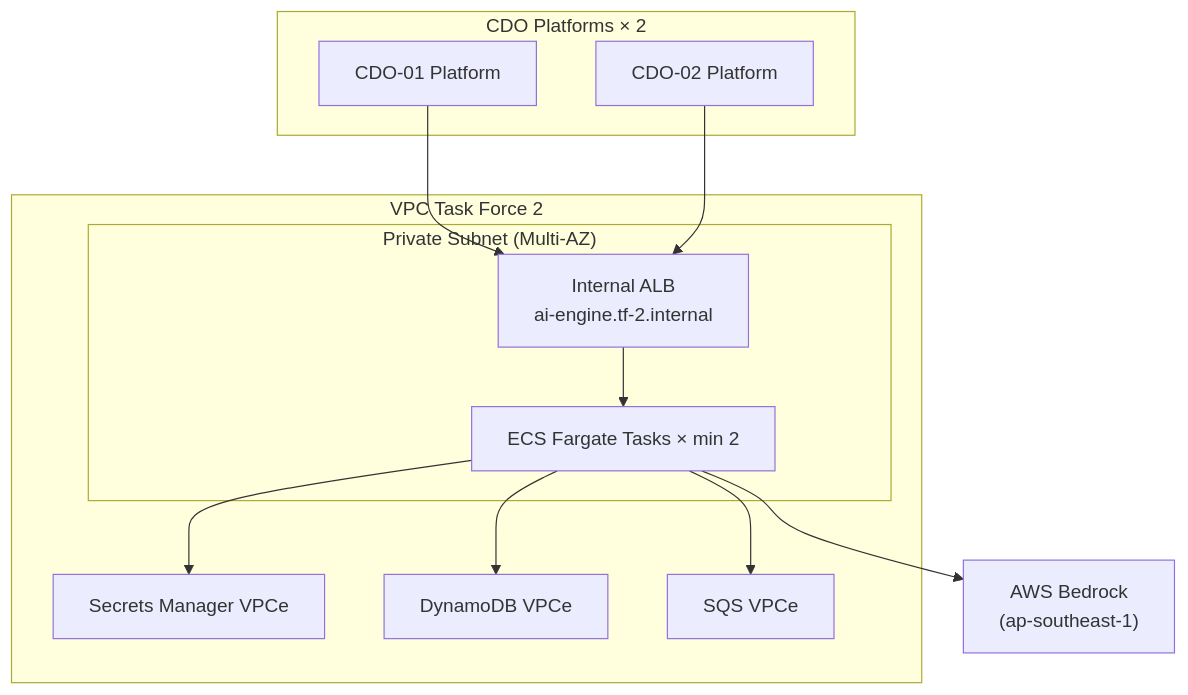
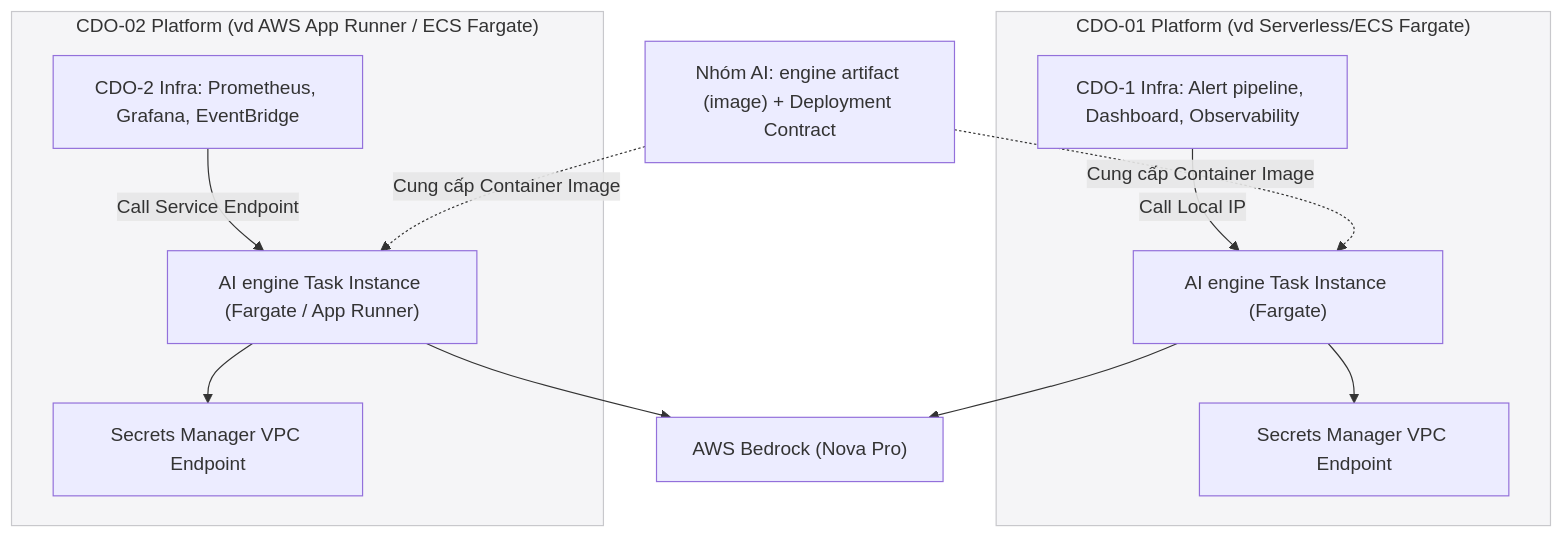
One commit to hungxqt/tf2-finops-iac changed the diagram in docs/contracts/deployment-contract.md. Above: the diagram before and after it, drawn with Mermaid. The commit also changed other lines of this file and 65 other files, not shown here.

````diff
--- a/docs/contracts/deployment-contract.md
+++ b/docs/contracts/deployment-contract.md
@@ -125,25 +130,26 @@
 ```mermaid
 graph TB
-    subgraph "VPC Task Force 2"
-        subgraph "Private Subnet (Multi-AZ)"
-            ALB["Internal ALB<br/>ai-engine.tf-2.internal"]
-            ECS["ECS Fargate Tasks × min 2"]
-            ALB --> ECS
-        end
-        SM["Secrets Manager VPCe"]
-        DDB["DynamoDB VPCe"]
-        SQS_E["SQS VPCe"]
-        ECS --> SM
-        ECS --> DDB
-        ECS --> SQS_E
+    AIO["Nhóm AI: engine artifact (image) + Deployment Contract"]
+    
+    subgraph CDO_1["CDO-01 Platform (vd Serverless/ECS Fargate)"]
+        E1["AI engine Task Instance (Fargate)"]
+        I1["CDO-1 Infra: Alert pipeline, Dashboard, Observability"]
+        I1 -->|Call Local IP| E1
+        E1 --> SM1["Secrets Manager VPC Endpoint"]
     end
-    Bedrock["AWS Bedrock<br/>(ap-southeast-1)"]
-    ECS --> Bedrock
-
-    subgraph "CDO Platforms × 2"
-        CDO1["CDO-01 Platform"]
-        CDO2["CDO-02 Platform"]
+    
+    subgraph CDO_2["CDO-02 Platform (vd AWS App Runner / ECS Fargate)"]
+        E2["AI engine Task Instance (Fargate / App Runner)"]
+        I2["CDO-2 Infra: Prometheus, Grafana, EventBridge"]
+        I2 -->|Call Service Endpoint| E2
+        E2 --> SM2["Secrets Manager VPC Endpoint"]
     end
-    CDO1 --> ALB
-    CDO2 --> ALB
+    
+    AIO -. Cung cấp Container Image .-> E1
+    AIO -. Cung cấp Container Image .-> E2
+    E1 --> Bedrock["AWS Bedrock (Nova Pro)"]
+    E2 --> Bedrock["AWS Bedrock (Nova Pro)"]
+    
+    classDef platform fill:#f5f5f7,stroke:#c8c8cc,stroke-width:1px;
+    class CDO_1,CDO_2 platform;
 ```
````
